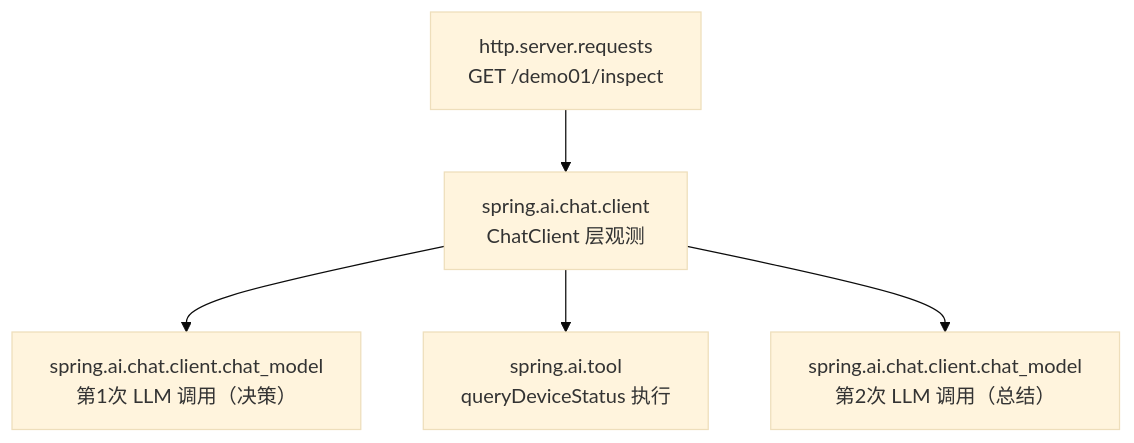
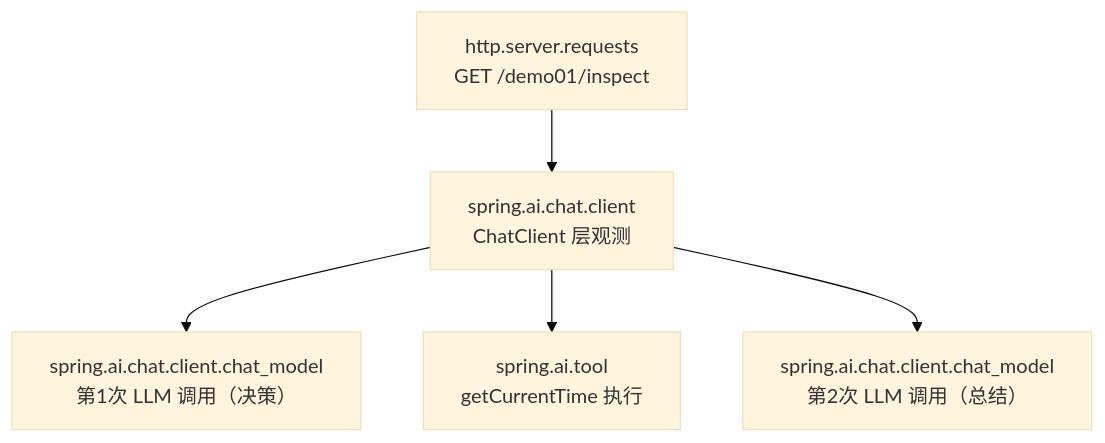
The first of 2 diagrams in docs/附录/18-Observation/01-读懂输出：span树与观测生命周期.md (UranusGit/java-agent-learn), drawn with Mermaid (base theme) before and after one commit. The commit also changed other lines of this file and 12 other files, not shown here.

First line of the commit message:
18-Observation 单工具化：移除 DeviceTools，全系列只留 TimeTool

````diff
--- a/docs/附录/18-Observation/01-读懂输出：span树与观测生命周期.md
+++ b/docs/附录/18-Observation/01-读懂输出：span树与观测生命周期.md
@@ -13,7 +13,7 @@
 ```mermaid
 graph TD
     A["http.server.requests<br/>GET /demo01/inspect"] --> B["spring.ai.chat.client<br/>ChatClient 层观测"]
     B --> C["spring.ai.chat.client.chat_model<br/>第1次 LLM 调用（决策）"]
-    B --> D["spring.ai.tool<br/>queryDeviceStatus 执行"]
+    B --> D["spring.ai.tool<br/>getCurrentTime 执行"]
     B --> E["spring.ai.chat.client.chat_model<br/>第2次 LLM 调用（总结）"]
 ```
````
